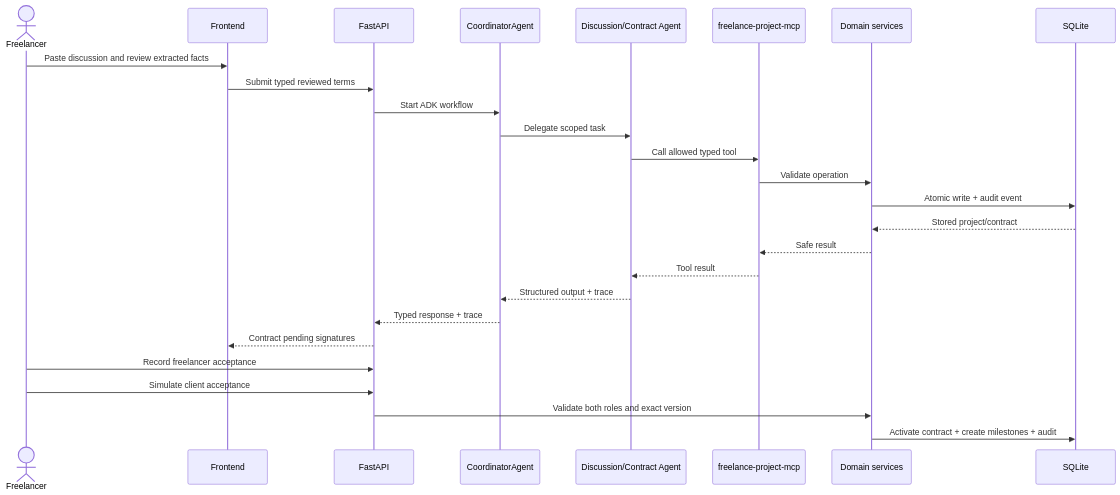
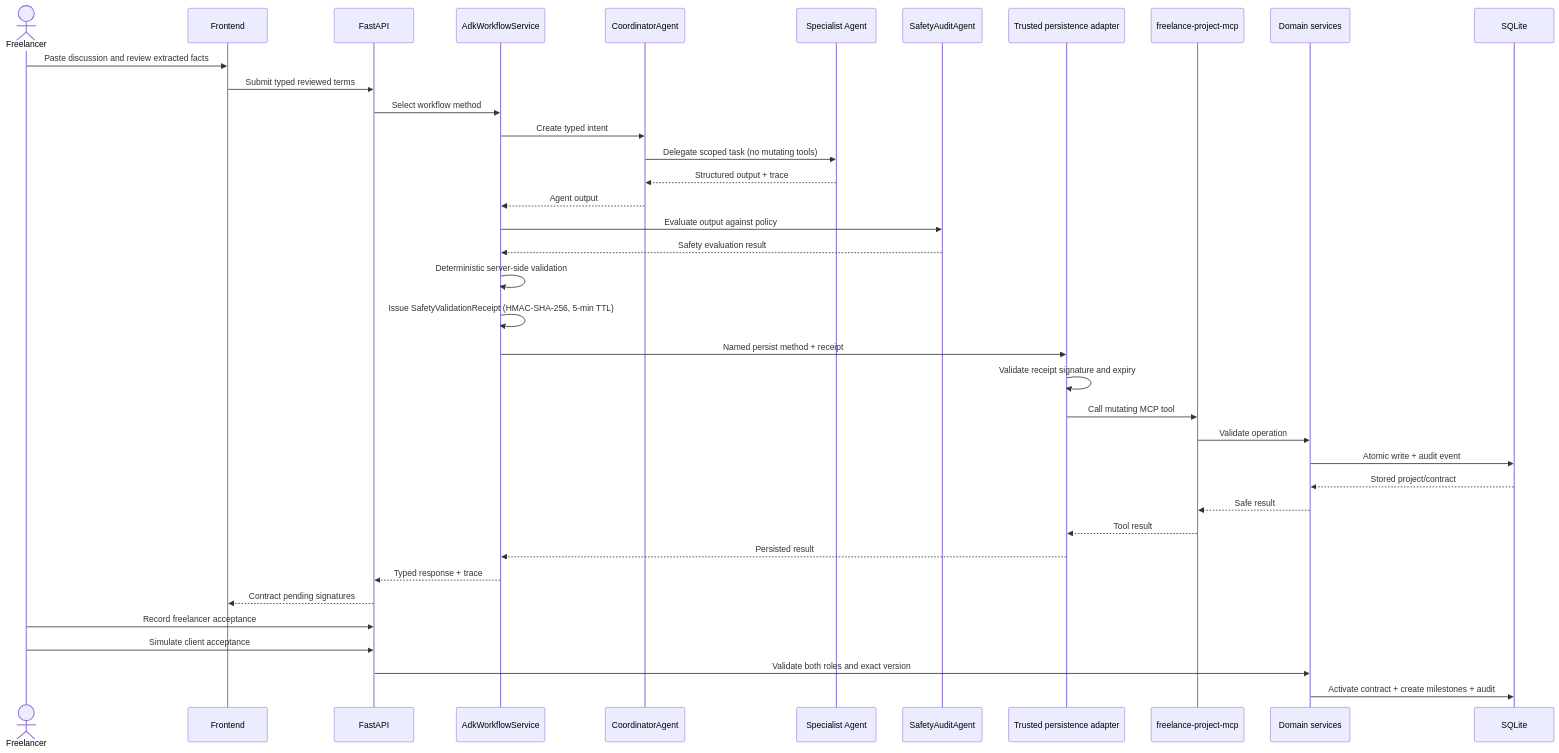
Before and after one commit to chaziyu/freelance-shield-ai: the second of 3 diagrams in docs/ARCHITECTURE.md, drawn with Mermaid. The commit also changed other lines of this file and 12 other files, not shown here.

````diff
--- a/docs/ARCHITECTURE.md
+++ b/docs/ARCHITECTURE.md
@@ -73,29 +77,41 @@
 ```mermaid
 sequenceDiagram
     actor F as Freelancer
     participant UI as Frontend
     participant API as FastAPI
+    participant WF as AdkWorkflowService
     participant C as CoordinatorAgent
-    participant A as Discussion/Contract Agent
+    participant A as Specialist Agent
+    participant SA as SafetyAuditAgent
+    participant Adapter as Trusted persistence adapter
     participant MCP as freelance-project-mcp
     participant S as Domain services
     participant DB as SQLite
 
     F->>UI: Paste discussion and review extracted facts
     UI->>API: Submit typed reviewed terms
-    API->>C: Start ADK workflow
-    C->>A: Delegate scoped task
-    A->>MCP: Call allowed typed tool
+    API->>WF: Select workflow method
+    WF->>C: Create typed intent
+    C->>A: Delegate scoped task (no mutating tools)
+    A-->>C: Structured output + trace
+    C-->>WF: Agent output
+    WF->>SA: Evaluate output against policy
+    SA-->>WF: Safety evaluation result
+    WF->>WF: Deterministic server-side validation
+    WF->>WF: Issue SafetyValidationReceipt (HMAC-SHA-256, 5-min TTL)
+    WF->>Adapter: Named persist method + receipt
+    Adapter->>Adapter: Validate receipt signature and expiry
+    Adapter->>MCP: Call mutating MCP tool
     MCP->>S: Validate operation
     S->>DB: Atomic write + audit event
     DB-->>S: Stored project/contract
     S-->>MCP: Safe result
-    MCP-->>A: Tool result
-    A-->>C: Structured output + trace
-    C-->>API: Typed response + trace
+    MCP-->>Adapter: Tool result
+    Adapter-->>WF: Persisted result
+    WF-->>API: Typed response + trace
     API-->>UI: Contract pending signatures
     F->>API: Record freelancer acceptance
     F->>API: Simulate client acceptance
     API->>S: Validate both roles and exact version
     S->>DB: Activate contract + create milestones + audit
 ```
````
